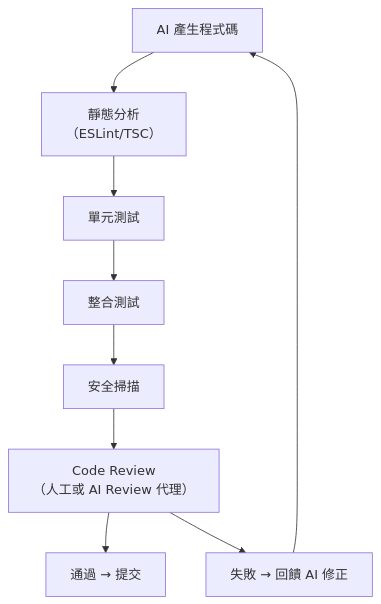
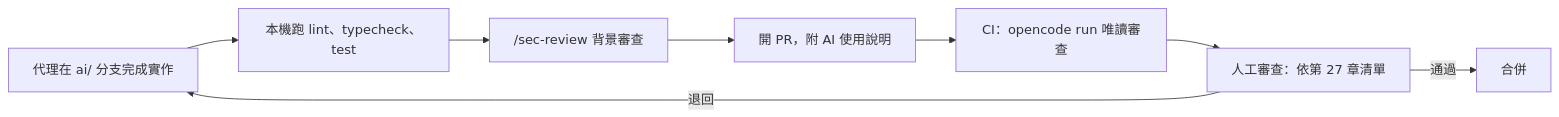
The seventh of 13 diagrams in content/posts/教學/AI開發/opencode生態系教學手冊.md (chihhung/Blog), drawn with Mermaid before and after one commit. The commit also changed other lines of this file and 4 other files, not shown here.

````diff
--- a/content/posts/教學/AI開發/opencode生態系教學手冊.md
+++ b/content/posts/教學/AI開發/opencode生態系教學手冊.md
@@ -3414,11 +3428,10 @@
 ```mermaid
-graph TB
-    A["AI 產生程式碼"] --> B["靜態分析<br/>（ESLint/TSC）"]
-    B --> C["單元測試"]
-    C --> D["整合測試"]
-    D --> E["安全掃描"]
-    E --> F["Code Review<br/>（人工或 AI Review 代理）"]
-    F --> G["通過 → 提交"]
-    F --> H["失敗 → 回饋 AI 修正"]
-    H --> A
+flowchart LR
+    A["代理在 ai/ 分支完成實作"] --> B["本機跑 lint、typecheck、test"]
+    B --> C["/sec-review 背景審查"]
+    C --> D["開 PR，附 AI 使用說明"]
+    D --> E["CI：opencode run 唯讀審查"]
+    E --> F["人工審查：依第 27 章清單"]
+    F -->|"通過"| G["合併"]
+    F -->|"退回"| A
 ```
````
